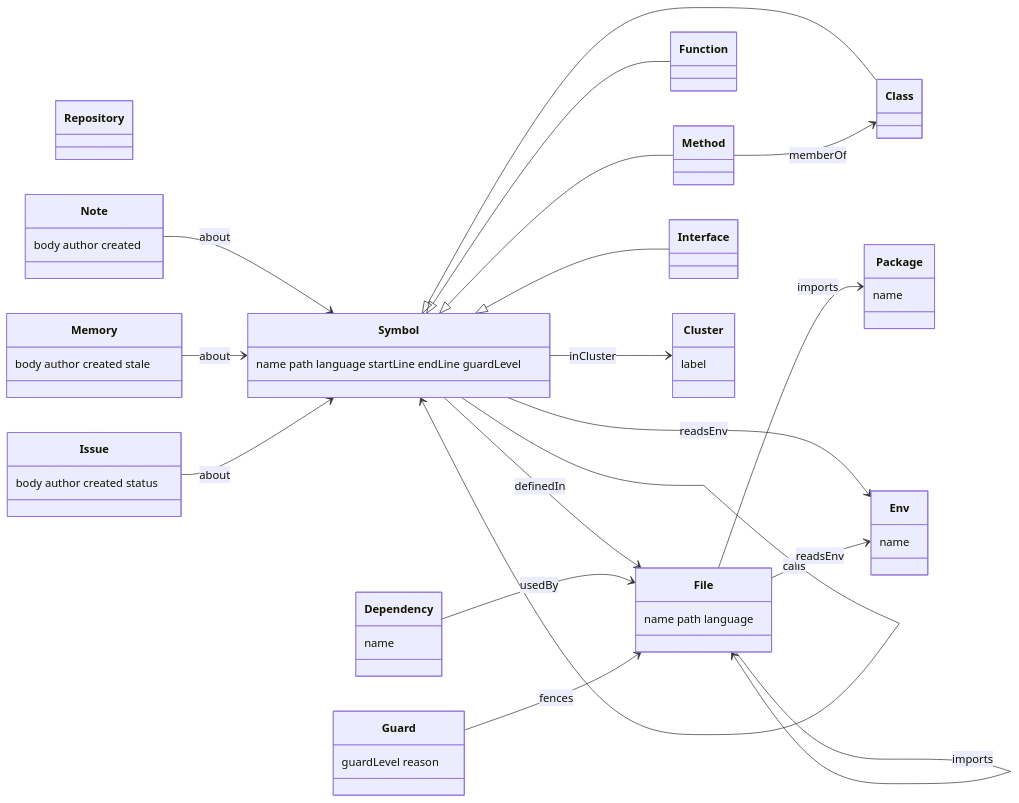
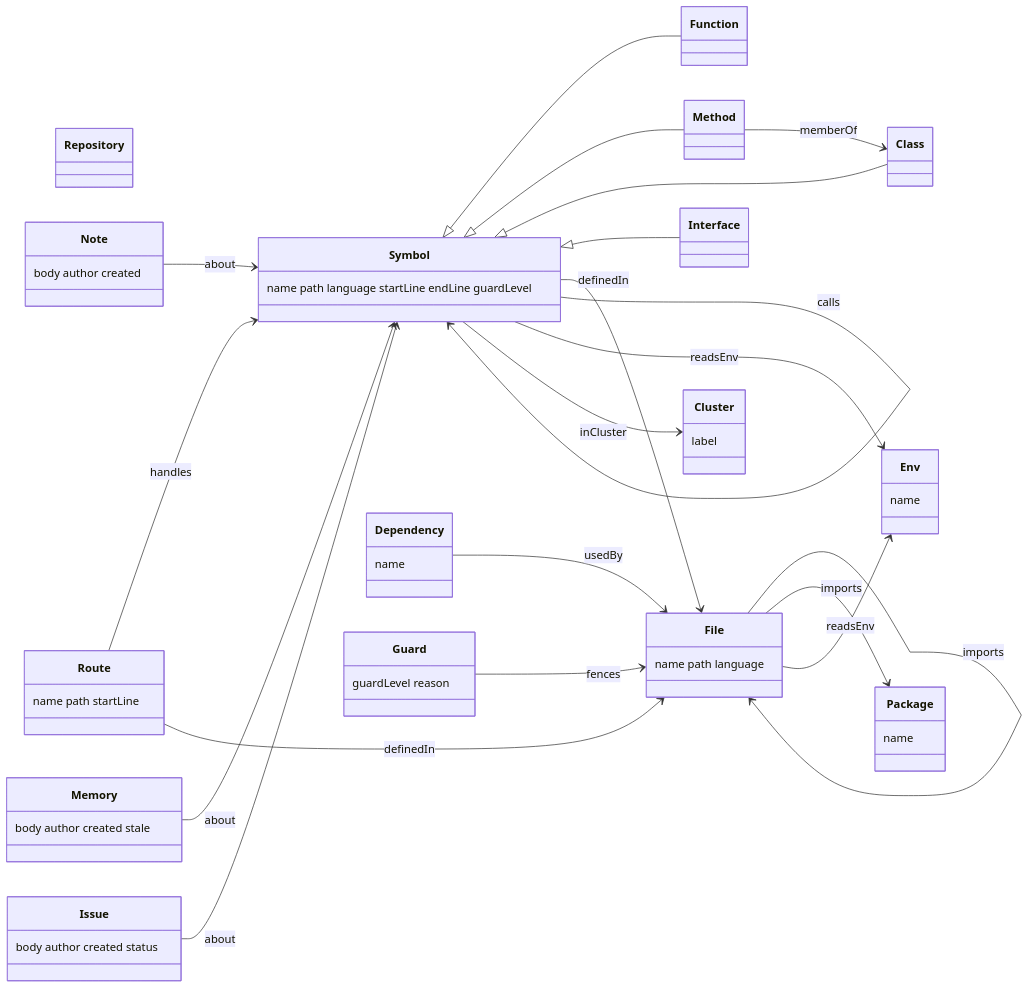
The diagram in docs/KNOWLEDGE-GRAPH.md (A12N4V/kula), drawn with Mermaid before and after one commit. The commit also changed other lines of this file and 24 other files, not shown here.

````diff
--- a/docs/KNOWLEDGE-GRAPH.md
+++ b/docs/KNOWLEDGE-GRAPH.md
@@ -37,36 +38,39 @@
 ```mermaid
 classDiagram
     direction LR
     class Repository
     class File { name path language }
     class Symbol { name path language startLine endLine guardLevel }
     class Function
     class Method
     class Class
     class Interface
     class Package { name }
     class Dependency { name }
     class Env { name }
+    class Route { name path startLine }
     class Cluster { label }
     class Note { body author created }
     class Memory { body author created stale }
     class Issue { body author created status }
     class Guard { guardLevel reason }
     Symbol <|-- Function
     Symbol <|-- Method
     Symbol <|-- Class
     Symbol <|-- Interface
     Symbol --> File : definedIn
     Method --> Class : memberOf
     Symbol --> Symbol : calls
     File --> File : imports
     File --> Package : imports
     Dependency --> File : usedBy
     Symbol --> Env : readsEnv
     File --> Env : readsEnv
+    Route --> Symbol : handles
+    Route --> File : definedIn
     Symbol --> Cluster : inCluster
     Note --> Symbol : about
     Memory --> Symbol : about
     Issue --> Symbol : about
     Guard --> File : fences
 ```
````
